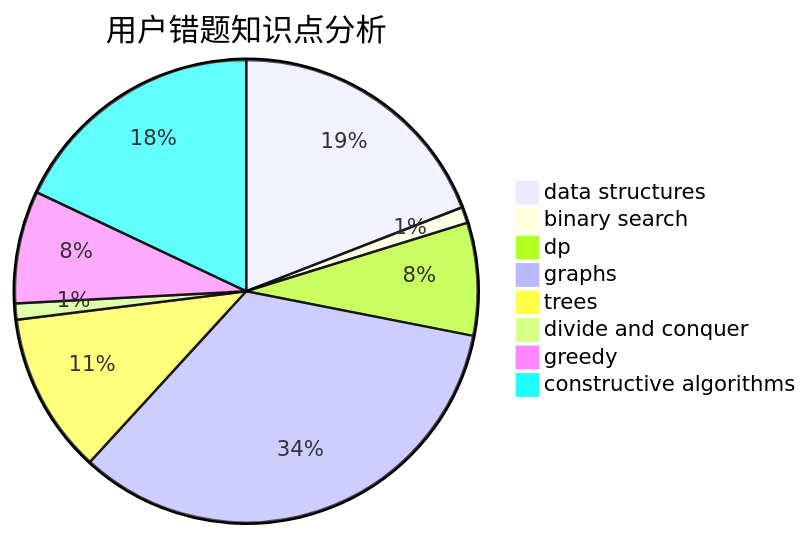
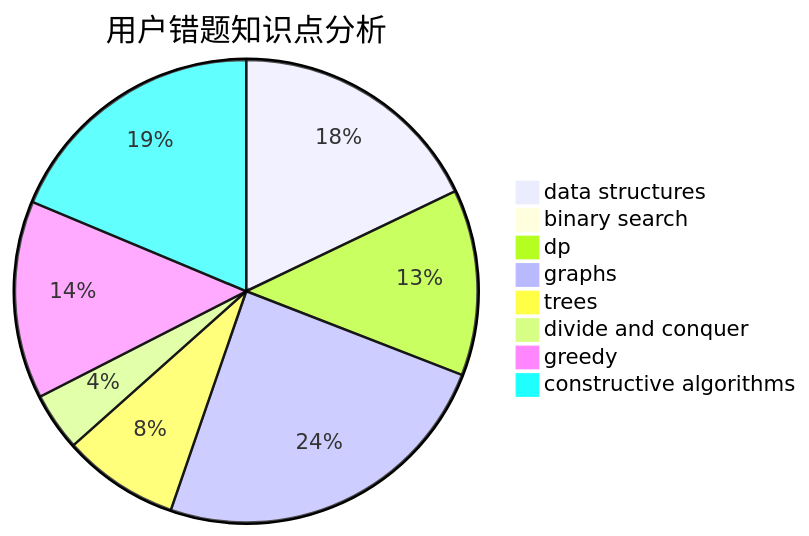
One commit to sherpahu/cfrs.github.io changed the third of 3 diagrams in docs/user/u692.md. Above: the diagram before and after it, drawn with Mermaid. The commit also changed other lines of this file and 2770 other files, not shown here.

````diff
--- a/docs/user/u692.md
+++ b/docs/user/u692.md
@@ -36,11 +36,11 @@
 ```mermaid
 pie title 用户错题知识点分析
-    "data structures" :  17
+    "data structures" :  22
     "binary search" :  1
-    "dp" :  7
+    "dp" :  16
     "graphs" :  30
     "trees" :  10
-    "divide and conquer" :  1
-    "greedy" :  7
-    "constructive algorithms" :  16
+    "divide and conquer" :  5
+    "greedy" :  17
+    "constructive algorithms" :  23
 ```
````
